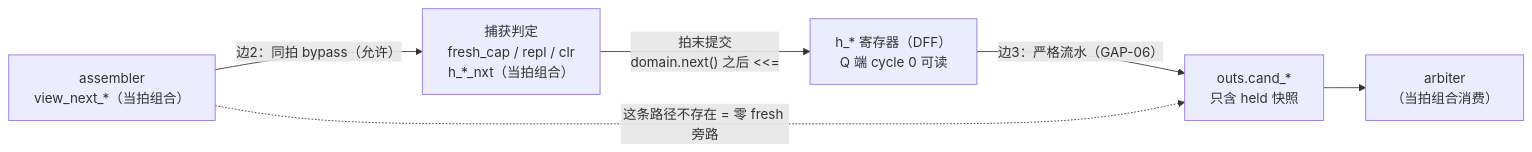
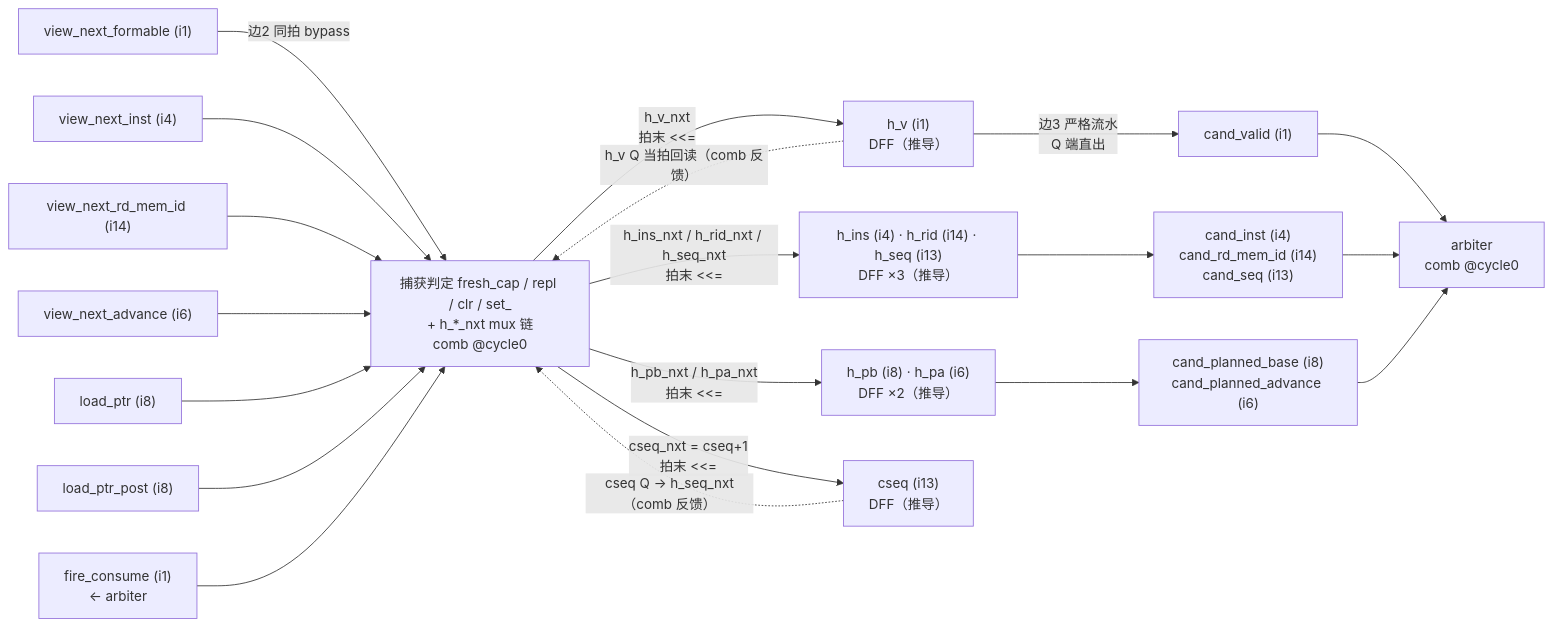
The third of 4 diagrams in designs/LFSM/pycircuit/report/CycleAware_Pipeline对齐图解_cand_holder实例.md (SilinYe2001/pyCircuit_0316), drawn with Mermaid before and after one commit. The commit also changed other lines of this file, not shown here.

Commit message:
docs(LFSM): redraw cand_holder alignment figures as hardware schematics (signal names + widths)

````diff
--- a/designs/LFSM/pycircuit/report/CycleAware_Pipeline对齐图解_cand_holder实例.md
+++ b/designs/LFSM/pycircuit/report/CycleAware_Pipeline对齐图解_cand_holder实例.md
@@ -71,8 +72,46 @@
 ```mermaid
 flowchart LR
-    ASM["assembler<br/>view_next_*（当拍组合）"] -->|"边2：同拍 bypass（允许）"| CAP["捕获判定<br/>fresh_cap / repl / clr<br/>h_*_nxt（当拍组合）"]
-    CAP -->|"拍末提交<br/>domain.next() 之后 <<="| H["h_* 寄存器（DFF）<br/>Q 端 cycle 0 可读"]
-    H -->|"边3：严格流水（GAP-06）"| OUTS["outs.cand_*<br/>只含 held 快照"]
-    OUTS --> ARB["arbiter<br/>（当拍组合消费）"]
-    ASM -.->|"这条路径不存在 = 零 fresh 旁路"| OUTS
+    VNF["view_next_formable (i1)"]
+    VNI["view_next_inst (i4)"]
+    VNR["view_next_rd_mem_id (i14)"]
+    VNA["view_next_advance (i6)"]
+    LP["load_ptr (i8)"]
+    LPP["load_ptr_post (i8)"]
+    FC["fire_consume (i1)<br/>← arbiter"]
+
+    CAP["捕获判定 fresh_cap / repl / clr / set_<br/>+ h_*_nxt mux 链<br/>comb @cycle0"]
+
+    HV["h_v (i1)<br/>DFF（推导）"]
+    HID["h_ins (i4) · h_rid (i14) · h_seq (i13)<br/>DFF ×3（推导）"]
+    HPA["h_pb (i8) · h_pa (i6)<br/>DFF ×2（推导）"]
+    CS["cseq (i13)<br/>DFF（推导）"]
+
+    OV["cand_valid (i1)"]
+    OID["cand_inst (i4)<br/>cand_rd_mem_id (i14)<br/>cand_seq (i13)"]
+    OPA["cand_planned_base (i8)<br/>cand_planned_advance (i6)"]
+    ARB["arbiter<br/>comb @cycle0"]
+
+    VNF -->|"边2 同拍 bypass"| CAP
+    VNI --> CAP
+    VNR --> CAP
+    VNA --> CAP
+    LP --> CAP
+    LPP --> CAP
+    FC --> CAP
+
+    CAP -->|"h_v_nxt<br/>拍末 <<="| HV
+    CAP -->|"h_ins_nxt / h_rid_nxt / h_seq_nxt<br/>拍末 <<="| HID
+    CAP -->|"h_pb_nxt / h_pa_nxt<br/>拍末 <<="| HPA
+    CAP -->|"cseq_nxt = cseq+1<br/>拍末 <<="| CS
+
+    HV -->|"边3 严格流水<br/>Q 端直出"| OV
+    HID --> OID
+    HPA --> OPA
+
+    OV --> ARB
+    OID --> ARB
+    OPA --> ARB
+
+    HV -.->|"h_v Q 当拍回读（comb 反馈）"| CAP
+    CS -.->|"cseq Q → h_seq_nxt（comb 反馈）"| CAP
 ```
````
